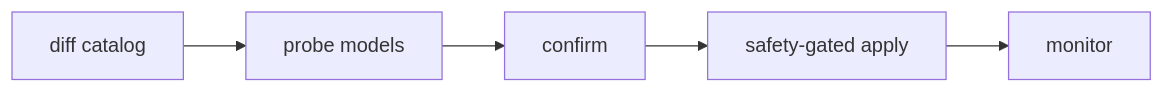
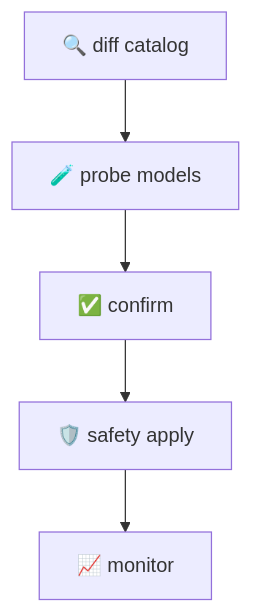
One commit to SunnyJayaRaju/oc-model-manager changed the diagram in README.md. Above: the diagram before and after it, drawn with Mermaid.

Commit message:
Make diagrams readable on small screens

````diff
--- a/README.md
+++ b/README.md
@@ -20,4 +20,7 @@
 ```mermaid
-flowchart LR
-  A[diff catalog] --> B[probe models] --> C[confirm] --> D[safety-gated apply] --> E[monitor]
+flowchart TD
+  A["🔍 diff catalog"] --> B["🧪 probe models"]
+  B --> C["✅ confirm"]
+  C --> D["🛡️ safety apply"]
+  D --> E["📈 monitor"]
 ```
````
